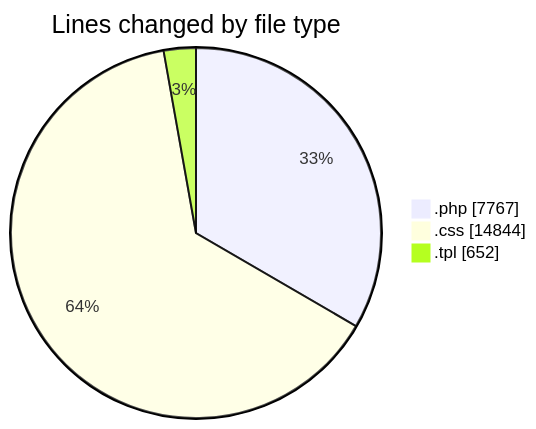
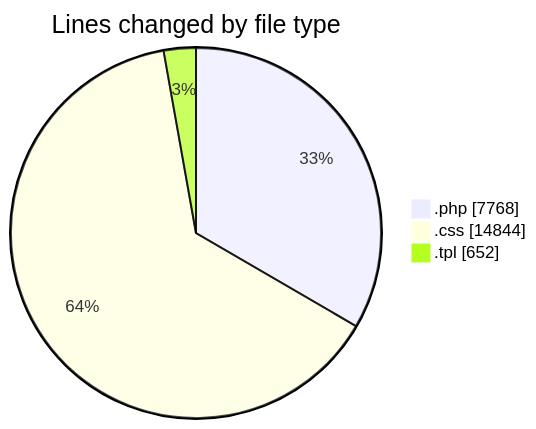
The first of 2 diagrams in 2025-04-17/zeytoon/README.md (vahidmafi/code-tracking), drawn with Mermaid before and after one commit. The commit also changed other lines of this file and 1 other file, not shown here.

````diff
--- a/2025-04-17/zeytoon/README.md
+++ b/2025-04-17/zeytoon/README.md
@@ -30,7 +30,7 @@
 ```mermaid
 pie showData
 title Lines changed by file type
-".php" : 7767
+".php" : 7768
 ".css" : 14844
 ".tpl" : 652
 ```
````
